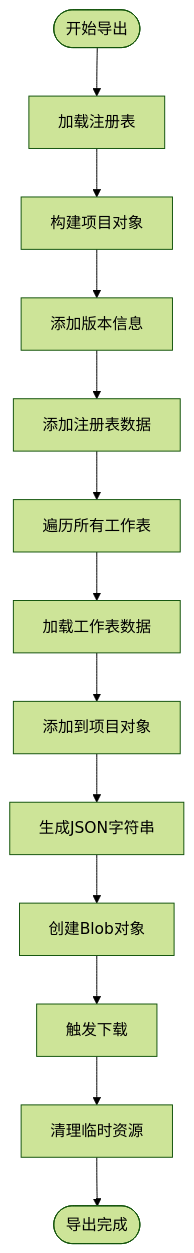
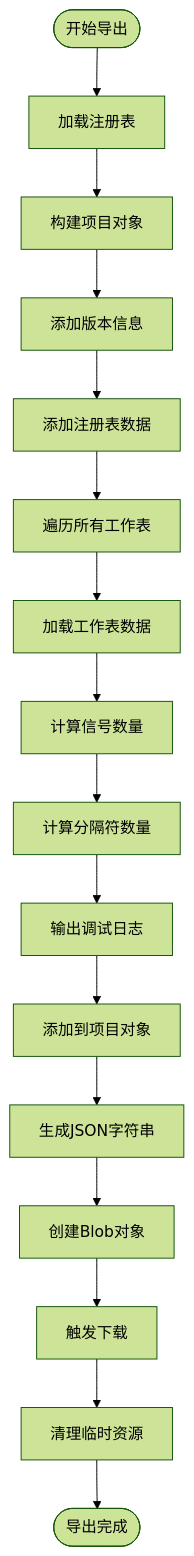
Before and after one commit to nht123456/waveform-editor: the sixth of 8 diagrams in .qoder/repowiki/zh/content/输入输出与存储/存储管理器.md, drawn with Mermaid (forest theme). The commit also changed other lines of this file and 9 other files, not shown here.

````diff
--- a/.qoder/repowiki/zh/content/输入输出与存储/存储管理器.md
+++ b/.qoder/repowiki/zh/content/输入输出与存储/存储管理器.md
@@ -290,15 +292,18 @@
 ```mermaid
 flowchart TD
 ExportStart([开始导出]) --> LoadRegistry["加载注册表"]
 LoadRegistry --> BuildProject["构建项目对象"]
 BuildProject --> AddVersion["添加版本信息"]
 AddVersion --> AddRegistry["添加注册表数据"]
 AddRegistry --> IterateSheets["遍历所有工作表"]
 IterateSheets --> LoadSheet["加载工作表数据"]
-LoadSheet --> AddToProject["添加到项目对象"]
+LoadSheet --> CountSignals["计算信号数量"]
+CountSignals --> CountGaps["计算分隔符数量"]
+CountGaps --> LogDebug["输出调试日志"]
+LogDebug --> AddToProject["添加到项目对象"]
 AddToProject --> BuildJSON["生成JSON字符串"]
 BuildJSON --> CreateBlob["创建Blob对象"]
 CreateBlob --> Download["触发下载"]
 Download --> Cleanup["清理临时资源"]
 Cleanup --> ExportEnd([导出完成])
 ```
````
